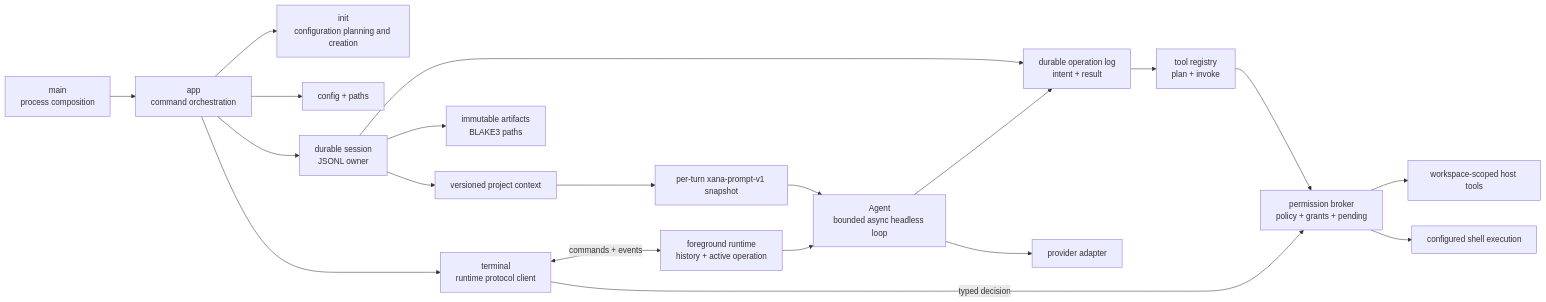
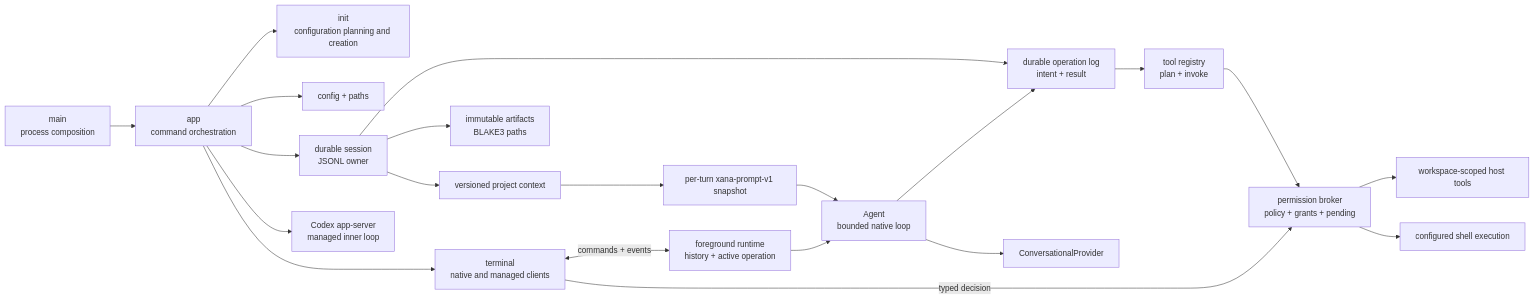
One commit to labcoder/xana changed the diagram in docs/architecture/README.md. Above: the diagram before and after it, drawn with Mermaid. The commit also changed other lines of this file and 56 other files, not shown here.

Commit message:
feat(runtime): complete the phase 3 provider ladder

````diff
--- a/docs/architecture/README.md
+++ b/docs/architecture/README.md
@@ -21,22 +25,23 @@
 ```mermaid
 flowchart LR
     MAIN["main<br/>process composition"] --> APP["app<br/>command orchestration"]
     APP --> INIT["init<br/>configuration planning and creation"]
-    APP --> TERMINAL["terminal<br/>runtime protocol client"]
+    APP --> TERMINAL["terminal<br/>native and managed clients"]
     APP --> CONFIG["config + paths"]
     APP --> SESSION["durable session<br/>JSONL owner"]
     SESSION --> ARTIFACTS["immutable artifacts<br/>BLAKE3 paths"]
     SESSION --> CONTEXT["versioned project context"]
     SESSION --> OPERATION["durable operation log<br/>intent + result"]
     CONTEXT --> PROMPT["per-turn xana-prompt-v1 snapshot"]
     PROMPT --> AGENT
     TERMINAL <-->|"commands + events"| RUNTIME["foreground runtime<br/>history + active operation"]
-    RUNTIME --> AGENT["Agent<br/>bounded async headless loop"]
-    AGENT --> PROVIDER["provider adapter"]
+    RUNTIME --> AGENT["Agent<br/>bounded native loop"]
+    AGENT --> PROVIDER["ConversationalProvider"]
+    APP --> MANAGED["Codex app-server<br/>managed inner loop"]
     AGENT --> OPERATION
     OPERATION --> TOOLS["tool registry<br/>plan + invoke"]
     TOOLS --> BROKER["permission broker<br/>policy + grants + pending"]
     TERMINAL -->|"typed decision"| BROKER
     BROKER --> HOST["workspace-scoped host tools"]
     BROKER --> SHELL["configured shell execution"]
 ```
````
